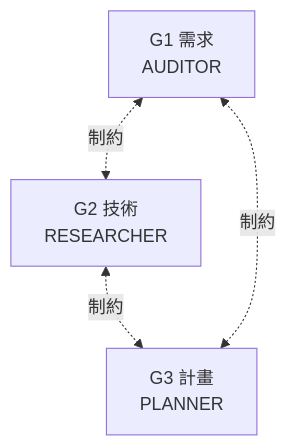
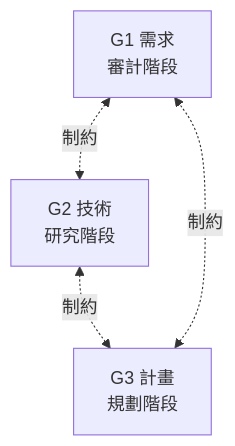
One commit to teps3105/shiftblame changed the sixth of 8 diagrams in skills/shiftblame/SKILL.md. Above: the diagram before and after it, drawn with Mermaid. The commit also changed other lines of this file and 29 other files, not shown here.

````diff
--- a/skills/shiftblame/SKILL.md
+++ b/skills/shiftblame/SKILL.md
@@ -266,6 +262,6 @@
 ```mermaid
 flowchart TB
-    G1["G1 需求<br/>AUDITOR"] <-.制約.-> G2["G2 技術<br/>RESEARCHER"]
-    G2 <-.制約.-> G3["G3 計畫<br/>PLANNER"]
+    G1["G1 需求<br/>審計階段"] <-.制約.-> G2["G2 技術<br/>研究階段"]
+    G2 <-.制約.-> G3["G3 計畫<br/>規劃階段"]
     G3 <-.制約.-> G1
 ```
````
